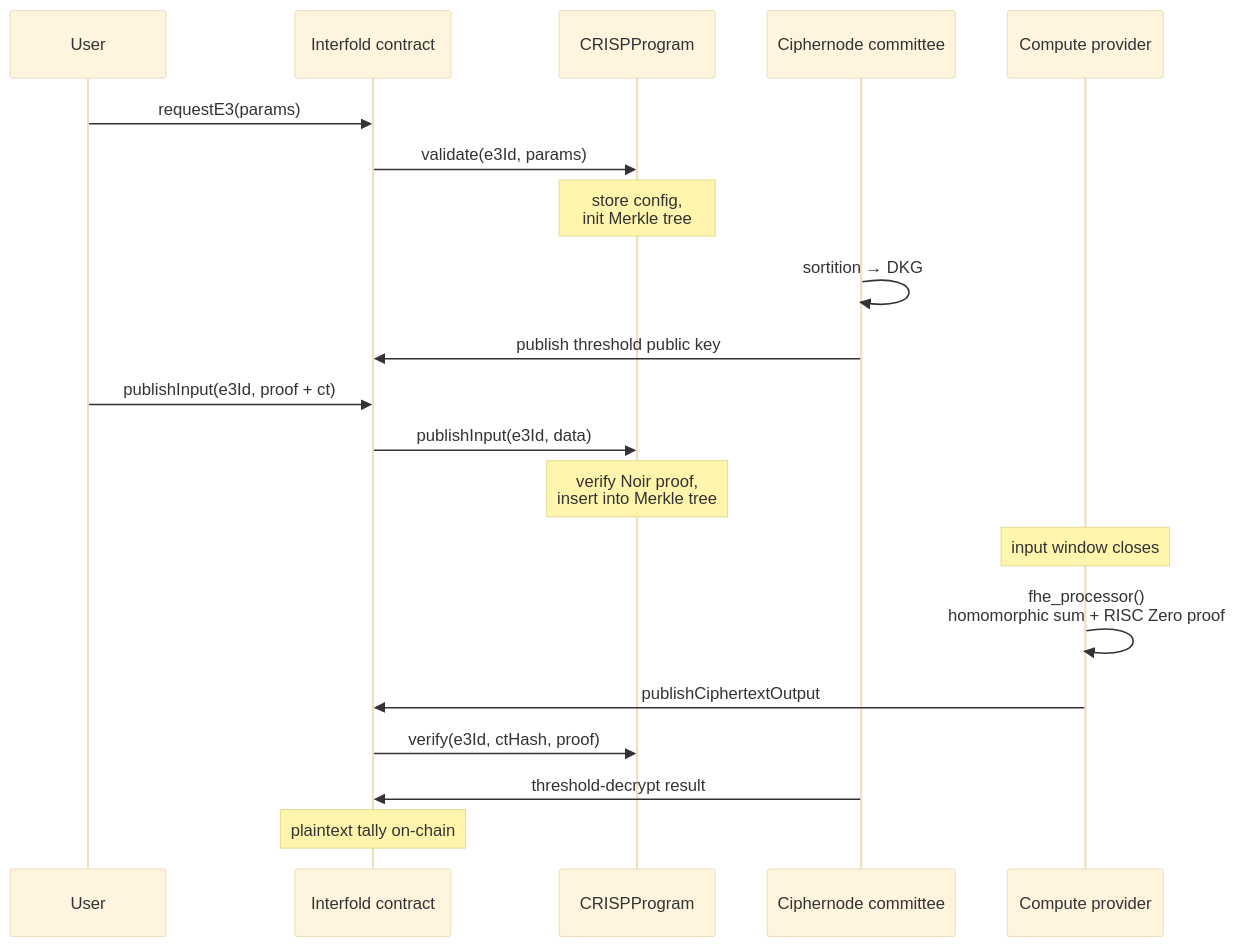
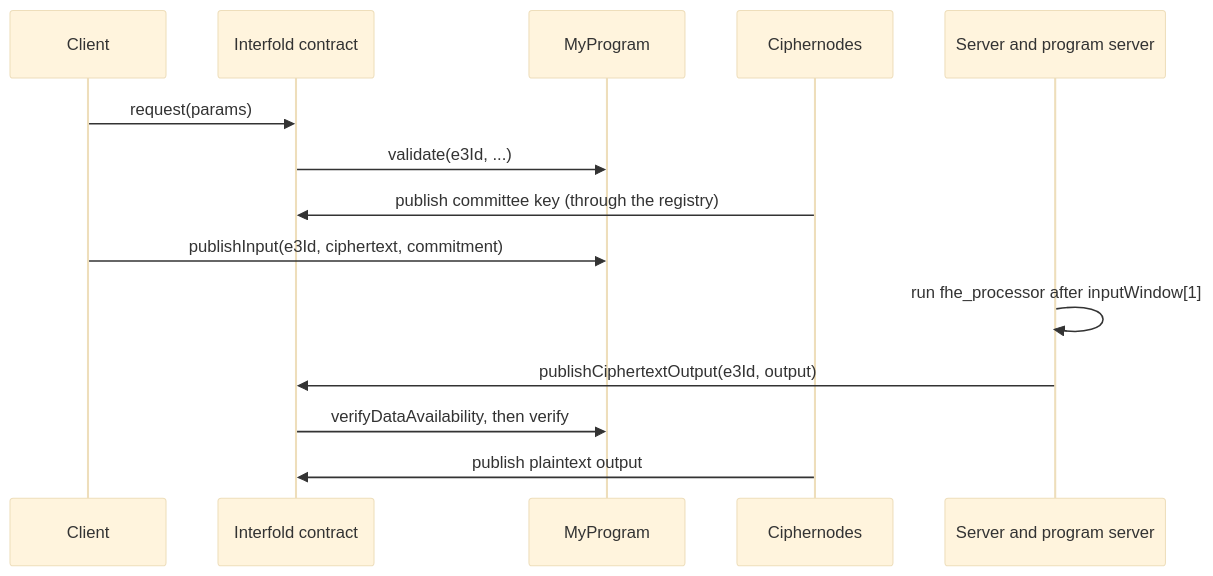
The diagram in docs/pages/build/tutorials/write-e3-program.mdx (theinterfold/interfold), drawn with Mermaid (base theme) before and after one commit. The commit also changed other lines of this file and 3 other files, not shown here.

````diff
--- a/docs/pages/build/tutorials/write-e3-program.mdx
+++ b/docs/pages/build/tutorials/write-e3-program.mdx
@@ -255,23 +349,16 @@
 ```mermaid
 sequenceDiagram
-    participant U as User
-    participant E as Interfold contract
-    participant P as CRISPProgram
-    participant C as Ciphernode committee
-    participant CP as Compute provider
-
-    U->>E: requestE3(params)
-    E->>P: validate(e3Id, params)
-    Note over P: store config,<br/>init Merkle tree
-    C->>C: sortition → DKG
-    C->>E: publish threshold public key
-    U->>E: publishInput(e3Id, proof + ct)
-    E->>P: publishInput(e3Id, data)
-    Note over P: verify Noir proof,<br/>insert into Merkle tree
-    Note over CP: input window closes
-    CP->>CP: fhe_processor()<br/>homomorphic sum + RISC Zero proof
-    CP->>E: publishCiphertextOutput
-    E->>P: verify(e3Id, ctHash, proof)
-    C->>E: threshold-decrypt result
-    Note over E: plaintext tally on-chain
+    participant C as Client
+    participant I as Interfold contract
+    participant P as MyProgram
+    participant N as Ciphernodes
+    participant S as Server and program server
+    C->>I: request(params)
+    I->>P: validate(e3Id, ...)
+    N->>I: publish committee key (through the registry)
+    C->>P: publishInput(e3Id, ciphertext, commitment)
+    S->>S: run fhe_processor after inputWindow[1]
+    S->>I: publishCiphertextOutput(e3Id, output)
+    I->>P: verifyDataAvailability, then verify
+    N->>I: publish plaintext output
 ```
````
